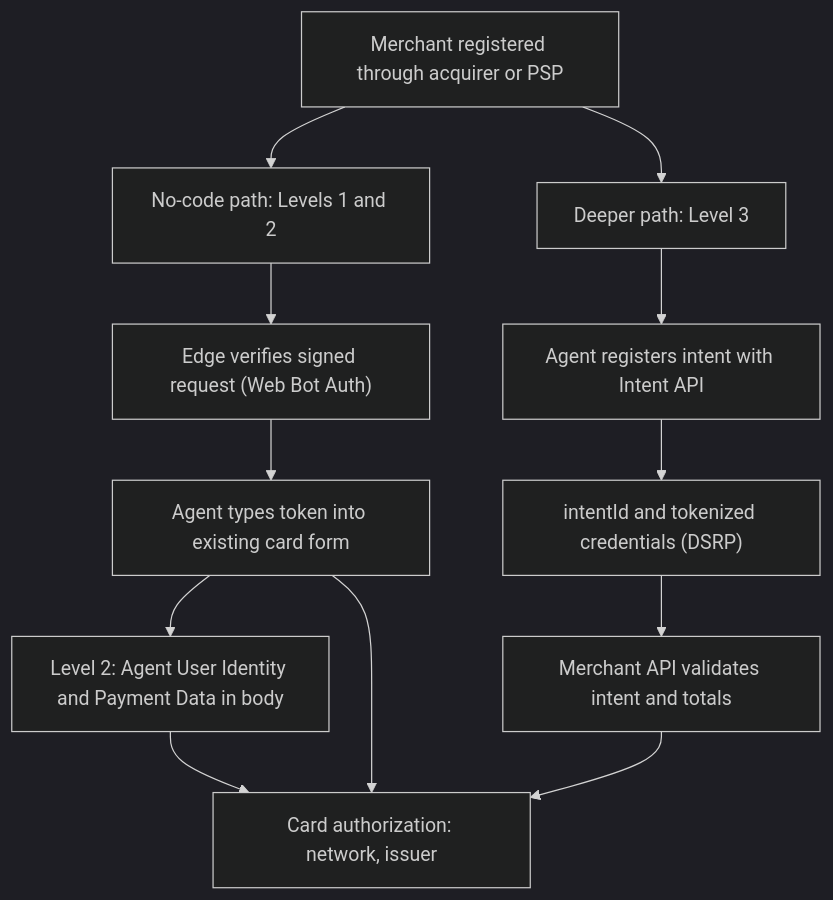
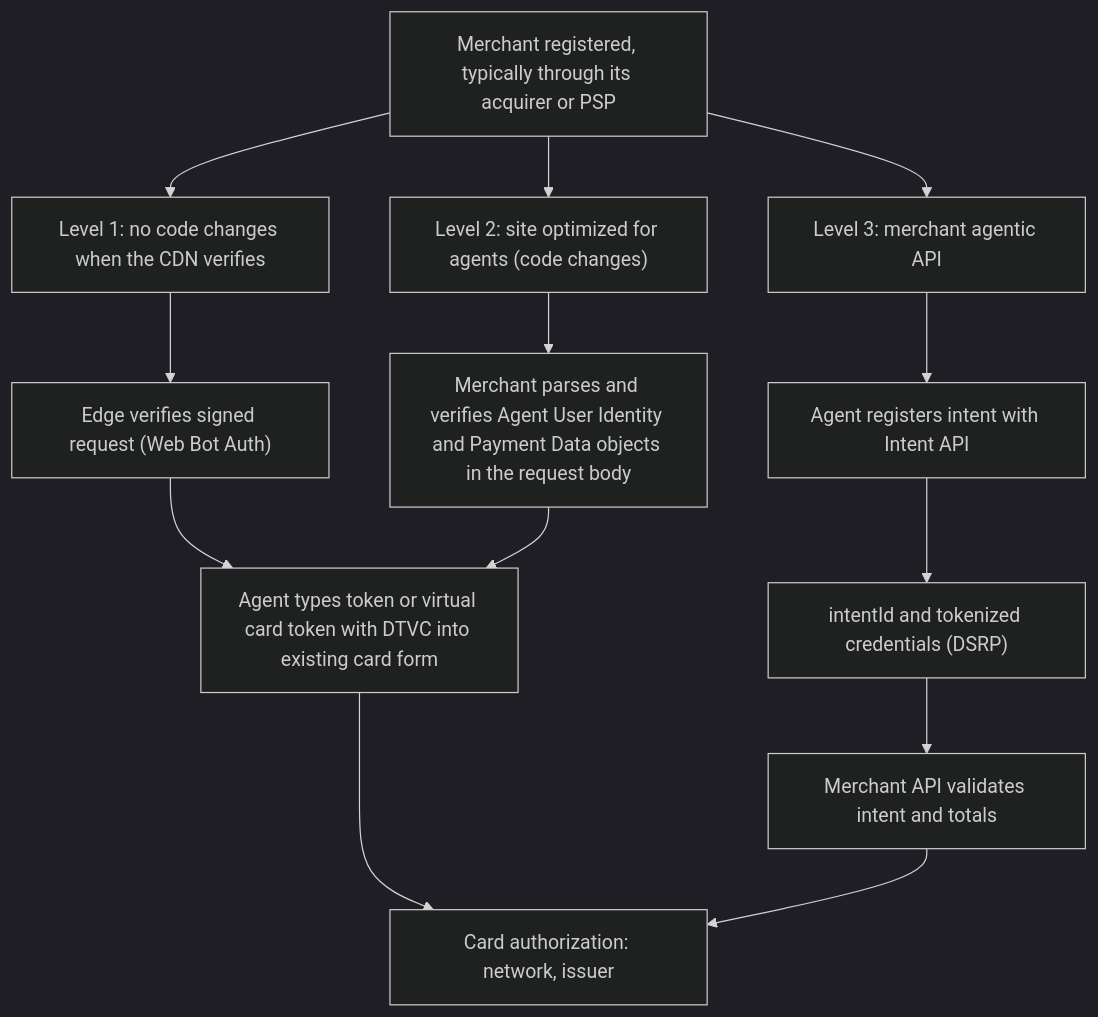
One commit to mercesAI/agentic-rails-atlas changed the diagram in src/content/diagrams/mastercard-agent-pay-acceptance-paths.mmd. Above: the diagram before and after it, drawn with Mermaid (dark theme). The commit also changed 85 other files, not shown here.

```diff
--- a/src/content/diagrams/mastercard-agent-pay-acceptance-paths.mmd
+++ b/src/content/diagrams/mastercard-agent-pay-acceptance-paths.mmd
@@ -1,13 +1,14 @@
 flowchart TB
-  START["Merchant registered through acquirer or PSP"]
-  START --> P1["No-code path: Levels 1 and 2"]
-  START --> P3["Deeper path: Level 3"]
+  START["Merchant registered, typically through its acquirer or PSP"]
+  START --> P1["Level 1: no code changes when the CDN verifies"]
+  START --> P2["Level 2: site optimized for agents (code changes)"]
+  START --> P3["Level 3: merchant agentic API"]
   P1 --> E1["Edge verifies signed request (Web Bot Auth)"]
-  E1 --> F1["Agent types token into existing card form"]
-  F1 --> F2["Level 2: Agent User Identity and Payment Data in body"]
+  E1 --> F1["Agent types token or virtual card token with DTVC into existing card form"]
+  P2 --> F2["Merchant parses and verifies Agent User Identity and Payment Data objects in the request body"]
+  F2 --> F1
   P3 --> I1["Agent registers intent with Intent API"]
   I1 --> I2["intentId and tokenized credentials (DSRP)"]
   I2 --> I3["Merchant API validates intent and totals"]
-  F2 --> AUTH["Card authorization: network, issuer"]
-  F1 --> AUTH
+  F1 --> AUTH["Card authorization: network, issuer"]
   I3 --> AUTH
```
